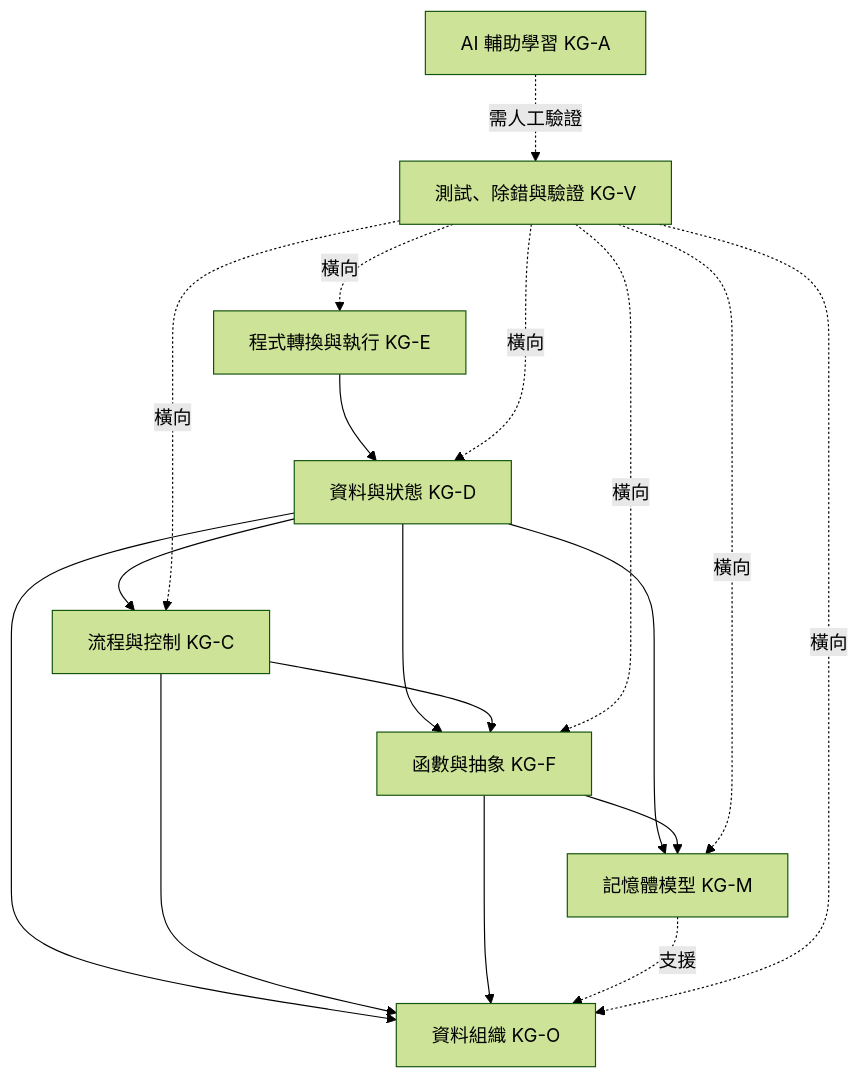
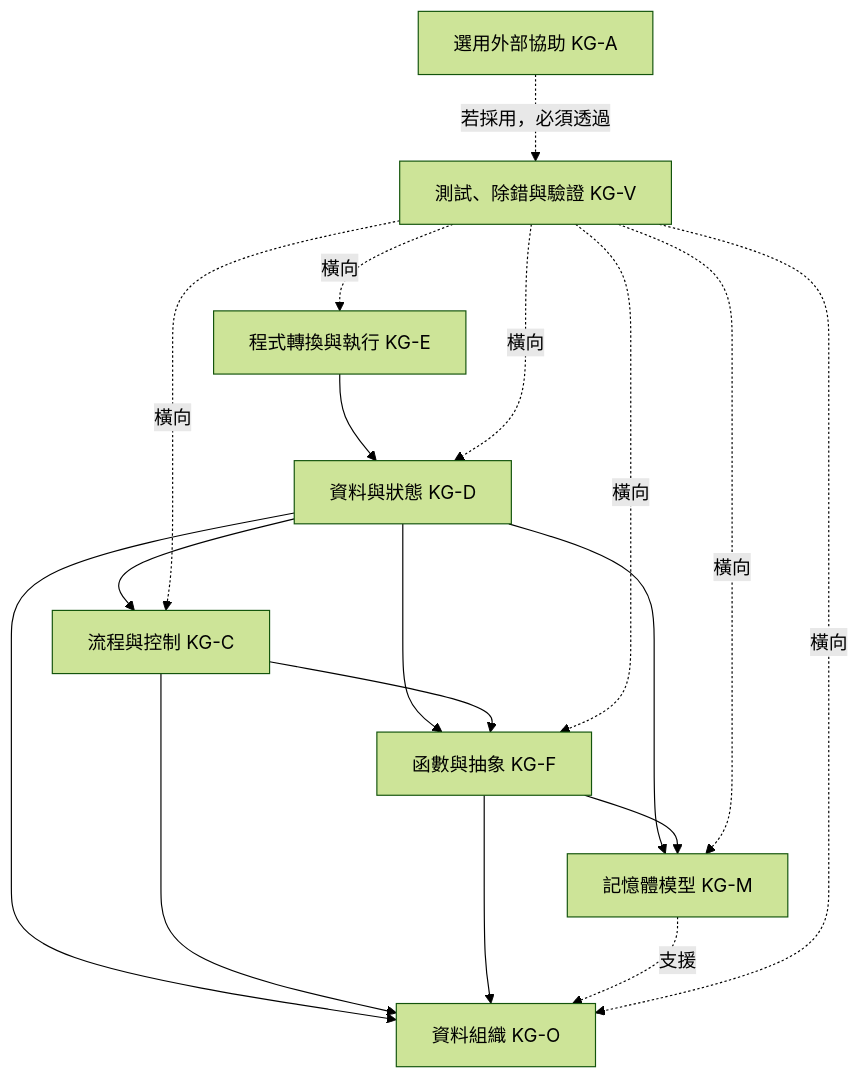
One commit to inred329/summer_pre_course_2026 changed the first of 9 diagrams in design/04-programming-language-knowledge-graph.zh-TW.md. Above: the diagram before and after it, drawn with Mermaid (forest theme). The commit also changed other lines of this file and 104 other files, not shown here.

````diff
--- a/design/04-programming-language-knowledge-graph.zh-TW.md
+++ b/design/04-programming-language-knowledge-graph.zh-TW.md
@@ -38,22 +41,22 @@
 ```mermaid
 flowchart TD
     E[程式轉換與執行 KG-E] --> D[資料與狀態 KG-D]
     D --> C[流程與控制 KG-C]
     D --> F[函數與抽象 KG-F]
     C --> F
     D --> M[記憶體模型 KG-M]
     F --> M
     D --> O[資料組織 KG-O]
     C --> O
     F --> O
     M -.支援.-> O
 
     V[測試、除錯與驗證 KG-V] -.橫向.-> E
     V -.橫向.-> D
     V -.橫向.-> C
     V -.橫向.-> F
     V -.橫向.-> M
     V -.橫向.-> O
 
-    A[AI 輔助學習 KG-A] -.需人工驗證.-> V
+    A[選用外部協助 KG-A] -.若採用，必須透過.-> V
 ```
````
